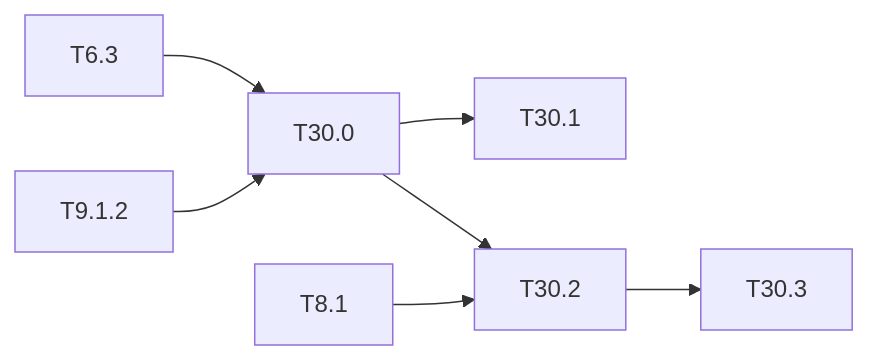
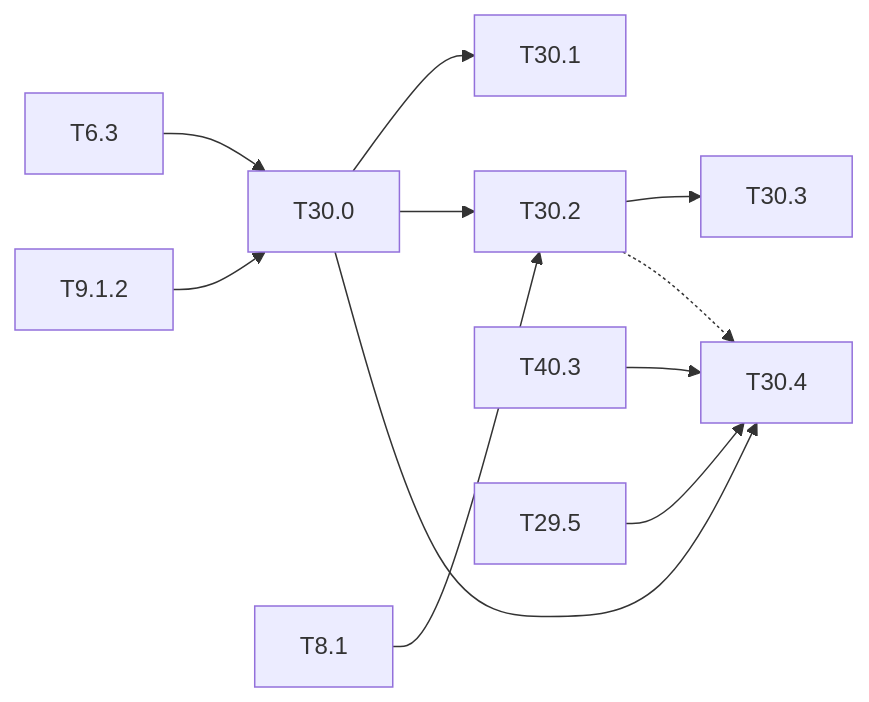
Before and after one commit to lrivals/EmbeddedComputervision: the diagram in docs/tasks/M30-latency-bound.md, drawn with Mermaid. The commit also changed other lines of this file and 15 other files, not shown here.

````diff
--- a/docs/tasks/M30-latency-bound.md
+++ b/docs/tasks/M30-latency-bound.md
@@ -73,7 +88,11 @@
 ```mermaid
 graph LR
   T63[T6.3] --> T300[T30.0] --> T301[T30.1]
   T912[T9.1.2] --> T300
   T81[T8.1] --> T302[T30.2] --> T303[T30.3]
   T300 --> T302
+  T300 --> T304[T30.4]
+  T403[T40.3] --> T304
+  T295[T29.5] --> T304
+  T302 -.-> T304
 ```
````
